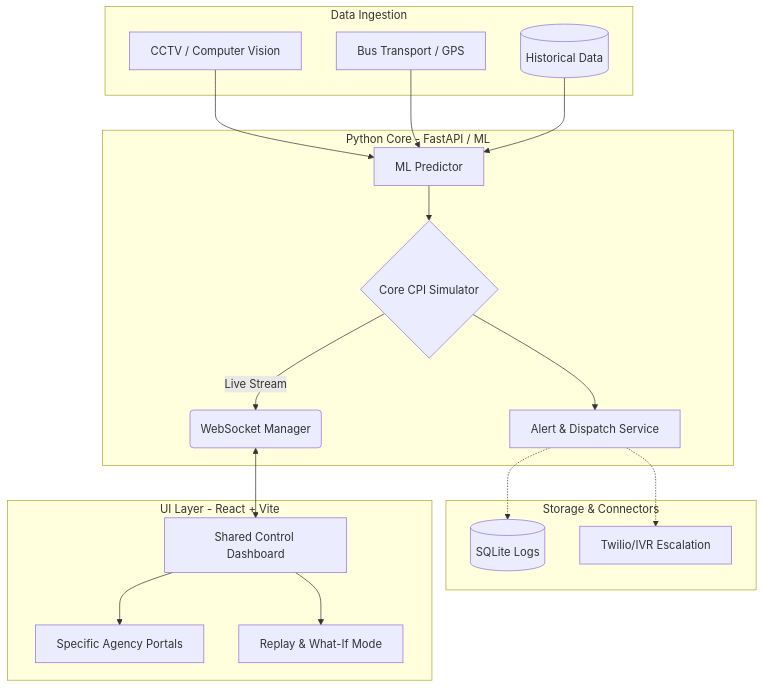
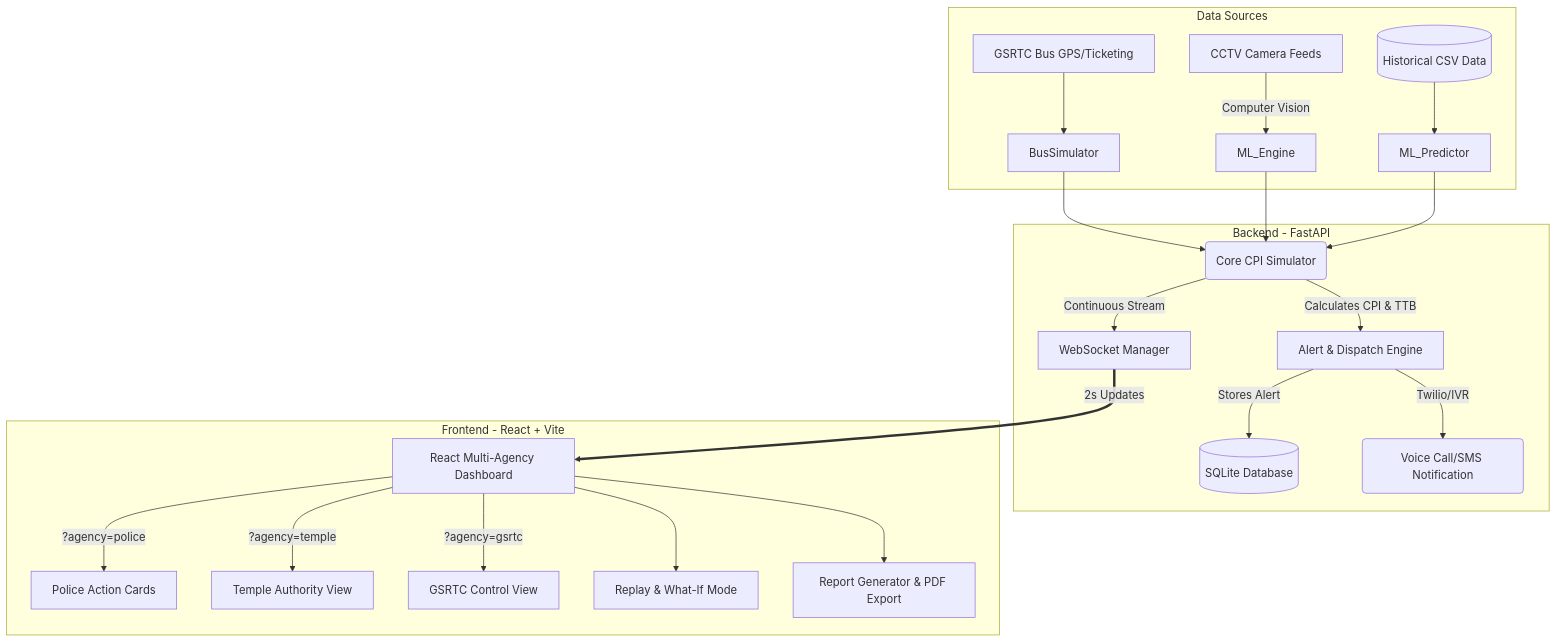
One commit to pithva007/Tarkshastra changed the first of 2 diagrams in README.md. Above: the diagram before and after it, drawn with Mermaid. The commit also changed other lines of this file, not shown here.

````diff
--- a/README.md
+++ b/README.md
@@ -19,38 +18,28 @@
 ```mermaid
-flowchart TD
-    subgraph DataSources [Data Ingestion]
-        CCTV[CCTV / Computer Vision]
-        GPS[Bus Transport / GPS]
-        Hist[(Historical Data)]
+graph TD
+    subgraph Data Sources
+        CCTV[CCTV Camera Feeds] --> |Computer Vision| ML_Engine
+        Buses[GSRTC Bus GPS/Ticketing] --> BusSimulator
+        Historical[(Historical CSV Data)] --> ML_Predictor
     end
 
-    subgraph CoreBackend [Python Core - FastAPI / ML]
-        Simulator{Core CPI Simulator}
-        ML[ML Predictor]
-        AlertEngine[Alert & Dispatch Service]
-        WSManager(WebSocket Manager)
+    subgraph Backend - FastAPI
+        BusSimulator --> Simulator(Core CPI Simulator)
+        ML_Engine --> Simulator
+        ML_Predictor --> Simulator
+        Simulator --> |Calculates CPI & TTB| AlertEngine[Alert & Dispatch Engine]
+        AlertEngine --> |Stores Alert| SQLite[(SQLite Database)]
+        Simulator --> |Continuous Stream| WS_Manager[WebSocket Manager]
+        AlertEngine --> |Twilio/IVR| CallService(Voice Call/SMS Notification)
     end
 
-    subgraph PersistentStorage [Storage & Connectors]
-        DB[(SQLite Logs)]
-        Twilio[Twilio/IVR Escalation]
+    subgraph Frontend - React + Vite
+        WS_Manager == 2s Updates ==> Dashboard[React Multi-Agency Dashboard]
+        Dashboard --> |?agency=police| PoliceView[Police Action Cards]
+        Dashboard --> |?agency=temple| TempleView[Temple Authority View]
+        Dashboard --> |?agency=gsrtc| BusView[GSRTC Control View]
+        
+        Dashboard --> Replay[Replay & What-If Mode]
+        Dashboard --> Reports[Report Generator & PDF Export]
     end
-
-    subgraph ClientFrontend [UI Layer - React + Vite]
-        Dash[Shared Control Dashboard]
-        Views[Specific Agency Portals]
-        Toys[Replay & What-If Mode]
-    end
-
-    CCTV --> ML
-    GPS --> ML
-    Hist --> ML
-    ML --> Simulator
-    Simulator --> AlertEngine
-    AlertEngine -.-> DB
-    AlertEngine -.-> Twilio
-    Simulator -->|Live Stream| WSManager
-    WSManager <--> Dash
-    Dash --> Views
-    Dash --> Toys
 ```
````
